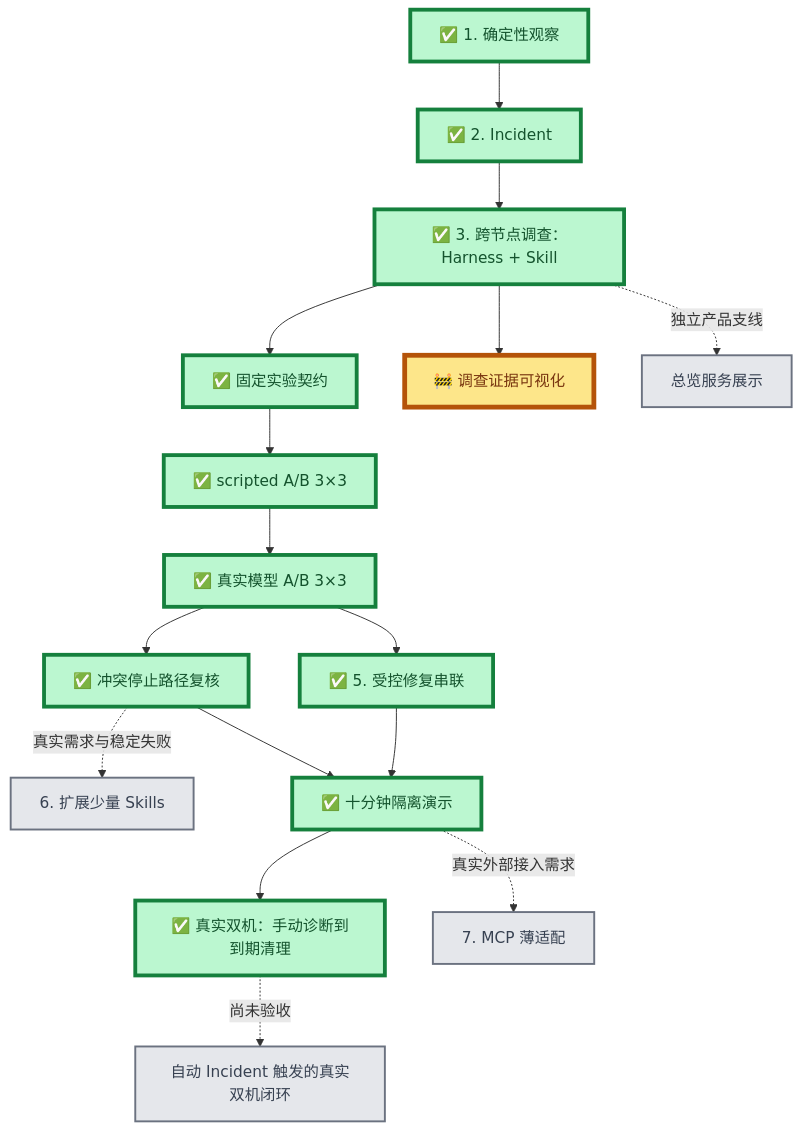
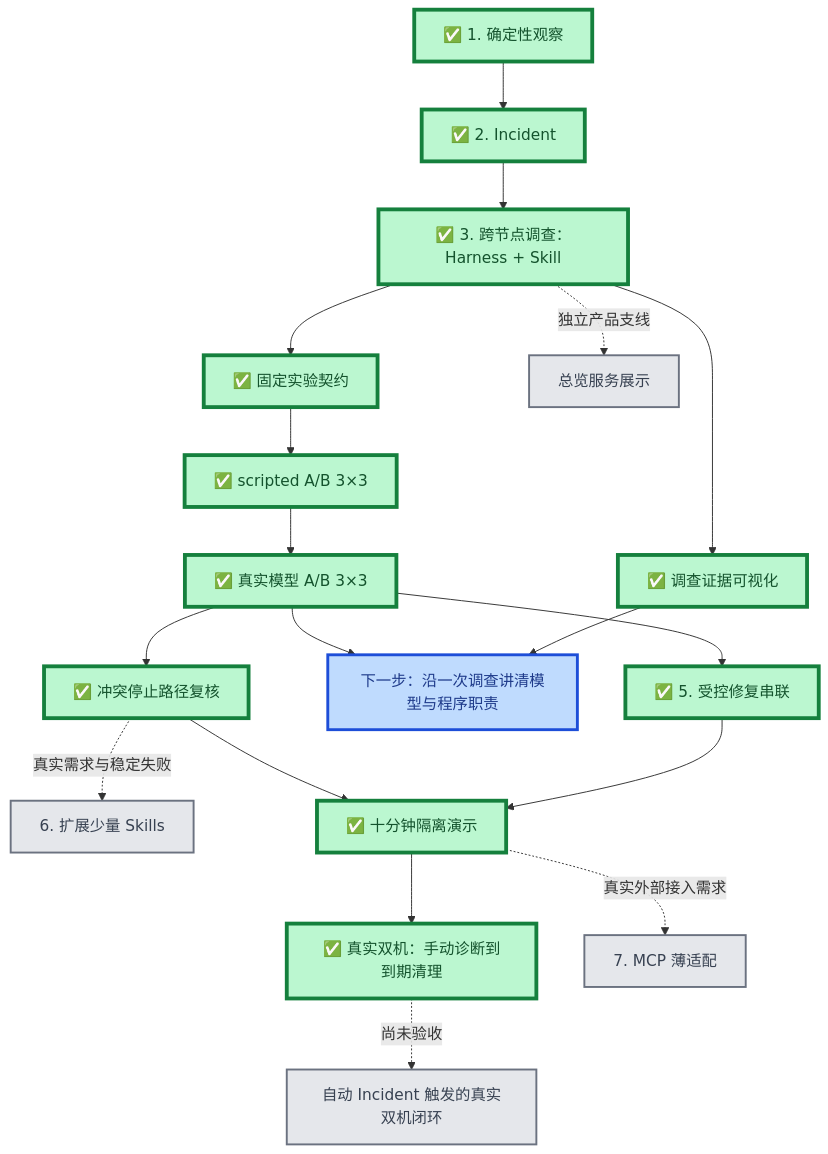
The first of 2 diagrams in docs/project/roadmap.md (Sugarfarmeriod/TunnelMinion), drawn with Mermaid before and after one commit. The commit also changed other lines of this file and 1 other file, not shown here.

Commit message:
docs: close investigation evidence view [skip ci] (#101)

````diff
--- a/docs/project/roadmap.md
+++ b/docs/project/roadmap.md
@@ -8,29 +8,31 @@
 ```mermaid
 flowchart TB
     A["✅ 1. 确定性观察"] --> B["✅ 2. Incident"]
     B --> C["✅ 3. 跨节点调查：Harness + Skill"]
 
     C --> D1["✅ 固定实验契约"]
     D1 --> D2["✅ scripted A/B 3×3"]
     D2 --> D3["✅ 真实模型 A/B 3×3"]
 
     D3 --> E["✅ 5. 受控修复串联"]
-    C --> V["🚧 调查证据可视化"]
+    C --> V["✅ 调查证据可视化"]
+    V --> W["下一步：沿一次调查讲清模型与程序职责"]
+    D3 --> W
     D3 --> F["✅ 冲突停止路径复核"]
     F -.真实需求与稳定失败.-> K["6. 扩展少量 Skills"]
     E --> H["✅ 十分钟隔离演示"]
     F --> H
     H --> R["✅ 真实双机：手动诊断到到期清理"]
     R -.尚未验收.-> I["自动 Incident 触发的真实双机闭环"]
     H -.真实外部接入需求.-> G["7. MCP 薄适配"]
 
     C -.独立产品支线.-> U["总览服务展示"]
 
     classDef done fill:#bbf7d0,stroke:#15803d,stroke-width:4px,color:#14532d;
     classDef current fill:#fde68a,stroke:#b45309,stroke-width:5px,color:#78350f;
     classDef next fill:#bfdbfe,stroke:#1d4ed8,stroke-width:3px,color:#1e3a8a;
     classDef later fill:#e5e7eb,stroke:#6b7280,stroke-width:2px,color:#374151;
-    class A,B,C,D1,D2,D3,E,F,H,R done;
-    class V current;
+    class A,B,C,D1,D2,D3,E,F,H,R,V done;
+    class W next;
     class G,U,K,I later;
 ```
````
